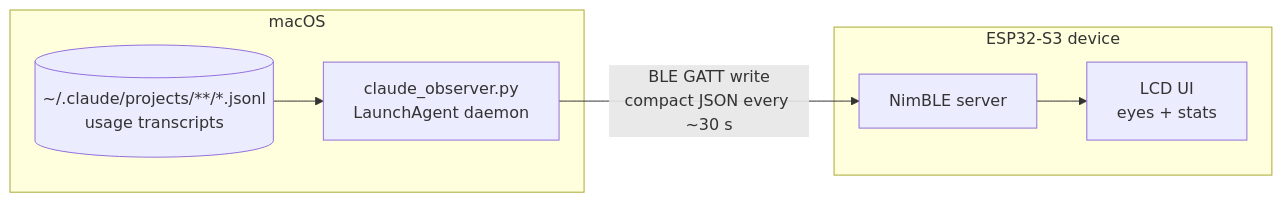
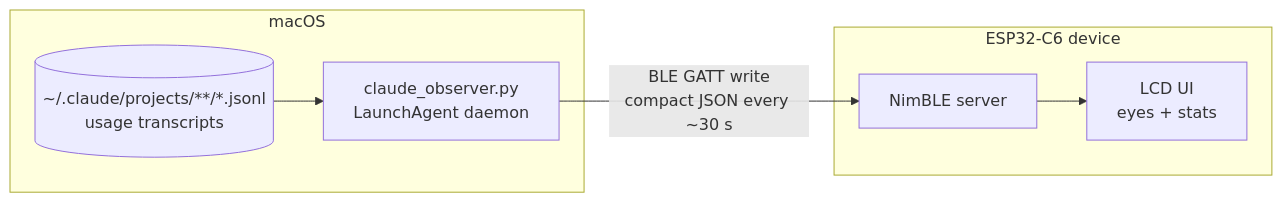
Before and after one commit to EbrithilNogare/ClaudeObserver: the first of 2 diagrams in README.md, drawn with Mermaid. The commit also changed other lines of this file and 7 other files, not shown here.

````diff
--- a/README.md
+++ b/README.md
@@ -20,11 +20,11 @@
 ```mermaid
 flowchart LR
     subgraph mac [macOS]
         J[("~/.claude/projects/**/*.jsonl<br/>usage transcripts")] --> D
         D["claude_observer.py<br/>LaunchAgent daemon"]
     end
     D -- "BLE GATT write<br/>compact JSON every ~30 s" --> E
-    subgraph device [ESP32-S3 device]
+    subgraph device [ESP32-C6 device]
         E["NimBLE server"] --> U["LCD UI<br/>eyes + stats"]
     end
 ```
````
